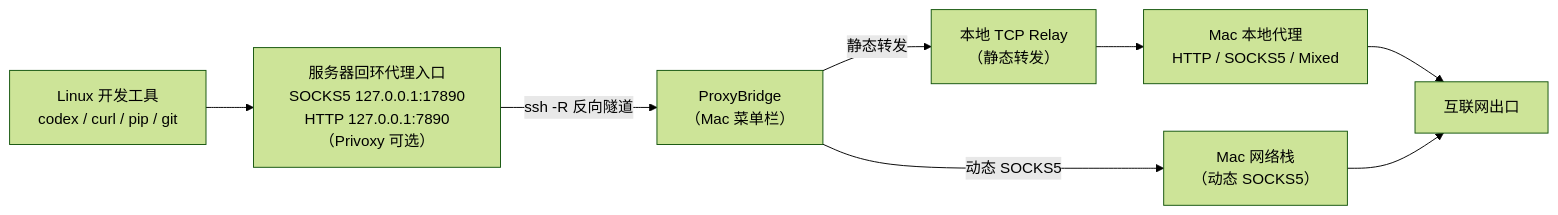
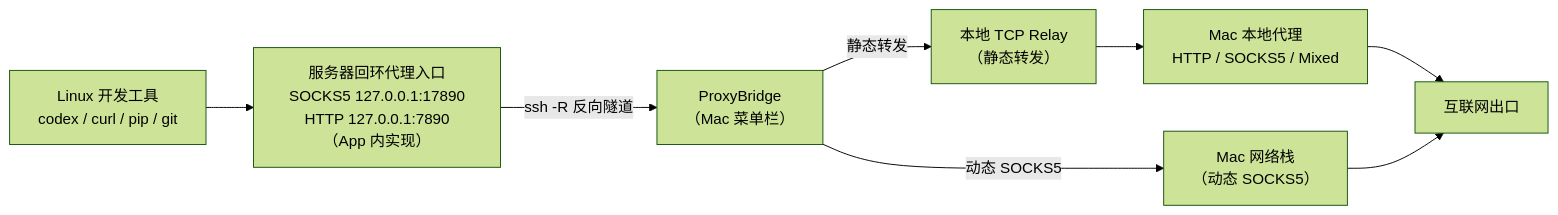
One commit to fejxc/ProxyBridge changed the diagram in README.md. Above: the diagram before and after it, drawn with Mermaid (forest theme). The commit also changed other lines of this file and 2 other files, not shown here.

````diff
--- a/README.md
+++ b/README.md
@@ -165,15 +159,15 @@
 ```mermaid
 flowchart LR
     tools["Linux 开发工具<br/>codex / curl / pip / git"]
-    entry["服务器回环代理入口<br/>SOCKS5 127.0.0.1:17890<br/>HTTP 127.0.0.1:7890（Privoxy 可选）"]
+    entry["服务器回环代理入口<br/>SOCKS5 127.0.0.1:17890<br/>HTTP 127.0.0.1:7890（App 内实现）"]
     pb["ProxyBridge<br/>（Mac 菜单栏）"]
     relay["本地 TCP Relay<br/>（静态转发）"]
     stack["Mac 网络栈<br/>（动态 SOCKS5）"]
     proxy["Mac 本地代理<br/>HTTP / SOCKS5 / Mixed"]
     out["互联网出口"]
 
     tools --> entry
     entry -- "ssh -R 反向隧道" --> pb
     pb -- "静态转发" --> relay --> proxy --> out
     pb -- "动态 SOCKS5" --> stack --> out
 ```
````
